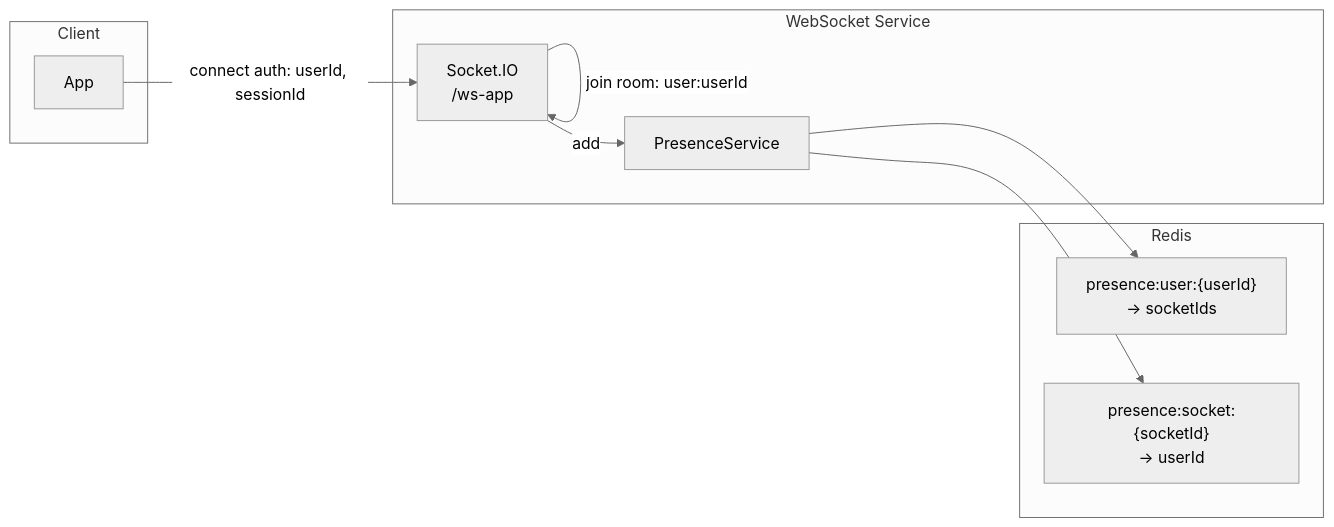
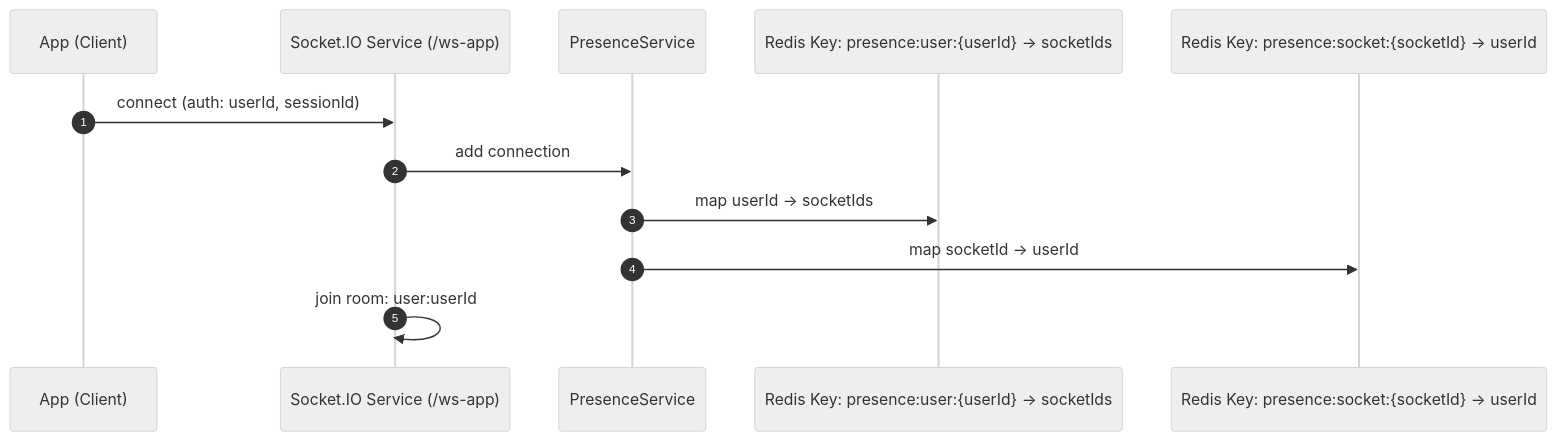
The third of 3 diagrams in diagram/current-flow.md (adamreaksmey/messenger-app-open-im-doc), drawn with Mermaid (neutral theme) before and after one commit. The commit also changed other lines of this file and 4 other files, not shown here.

````diff
--- a/diagram/current-flow.md
+++ b/diagram/current-flow.md
@@ -102,22 +95,17 @@
 ```mermaid
-flowchart LR
-    subgraph client_ws["Client"]
-        App["App"]
-    end
+sequenceDiagram
+    autonumber
+    %% Participants
+    participant App as App (Client)
+    participant Socket as Socket.IO Service (/ws-app)
+    participant Presence as PresenceService
+    participant UserKey as Redis Key: presence:user:{userId} → socketIds
+    participant SocketKey as Redis Key: presence:socket:{socketId} → userId
 
-    subgraph ws_svc["WebSocket Service"]
-        Socket["Socket.IO\n/ws-app"]
-        Presence["PresenceService"]
-    end
-
-    subgraph redis_presence["Redis"]
-        UserKey["presence:user:{userId}\n→ socketIds"]
-        SocketKey["presence:socket:{socketId}\n→ userId"]
-    end
-
-    App -->|"connect auth: userId, sessionId"| Socket
-    Socket -->|"add"| Presence
-    Presence --> UserKey
-    Presence --> SocketKey
-    Socket -->|"join room: user:userId"| Socket
+    %% Connection flow
+    App->>Socket: connect (auth: userId, sessionId)
+    Socket->>Presence: add connection
+    Presence->>UserKey: map userId → socketIds
+    Presence->>SocketKey: map socketId → userId
+    Socket->>Socket: join room: user:userId
 ```
````
